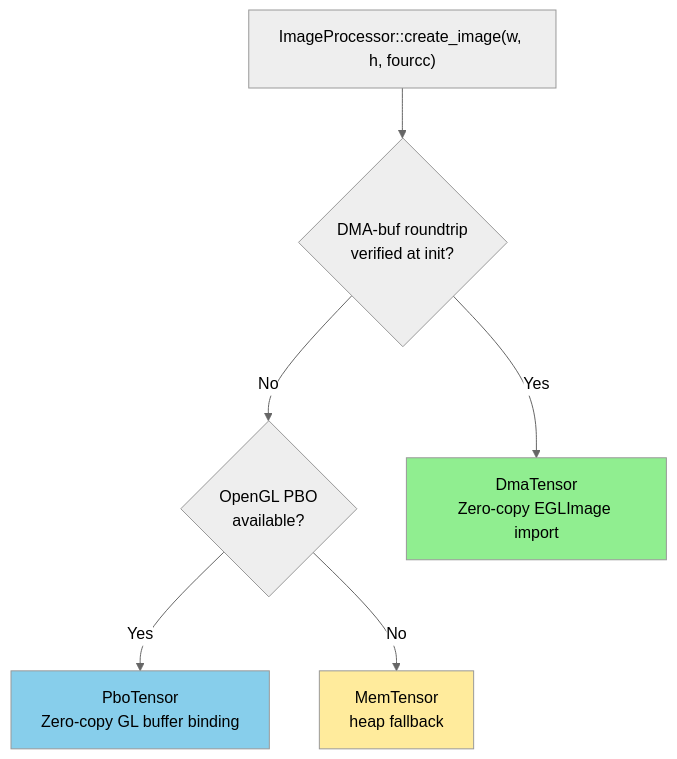
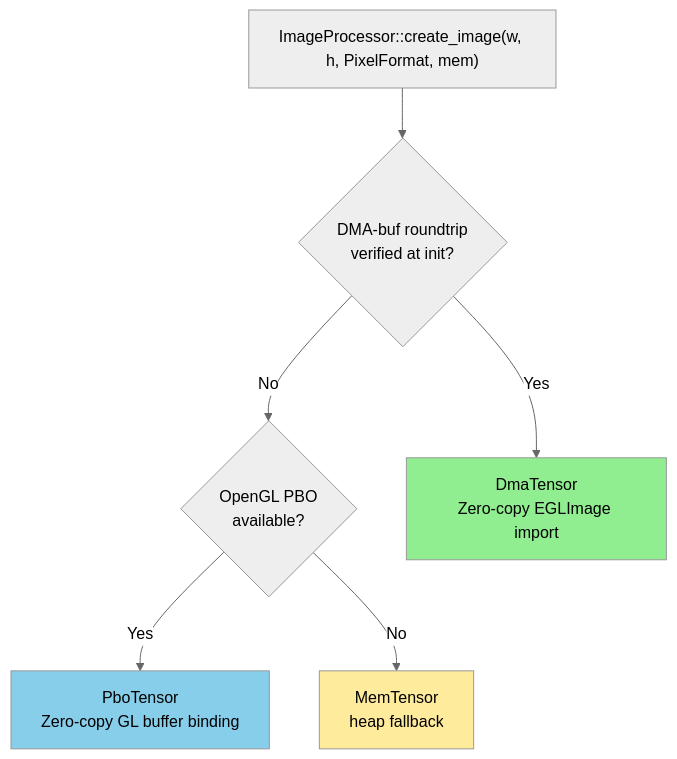
Before and after one commit to EdgeFirstAI/hal: the sixth of 12 diagrams in ARCHITECTURE.md, drawn with Mermaid (neutral theme). The commit also changed other lines of this file and 39 other files, not shown here.

First line of the commit message:
EDGEAI-1107: PixelFormat + TensorDyn unification — remove TensorImage

````diff
--- a/ARCHITECTURE.md
+++ b/ARCHITECTURE.md
@@ -306,17 +308,17 @@
 ```mermaid
 flowchart TD
-    Create["ImageProcessor::create_image(w, h, fourcc)"]
+    Create["ImageProcessor::create_image(w, h, PixelFormat, mem)"]
     DMA{DMA-buf roundtrip<br/>verified at init?}
     PBO{OpenGL PBO<br/>available?}
     Mem[MemTensor<br/>heap fallback]
 
     Create --> DMA
     DMA -->|Yes| UseDMA["DmaTensor<br/>Zero-copy EGLImage import"]
     DMA -->|No| PBO
     PBO -->|Yes| UsePBO["PboTensor<br/>Zero-copy GL buffer binding"]
     PBO -->|No| Mem
 
     style UseDMA fill:#90ee90
     style UsePBO fill:#87ceeb
     style Mem fill:#ffeb9c
 ```
````
